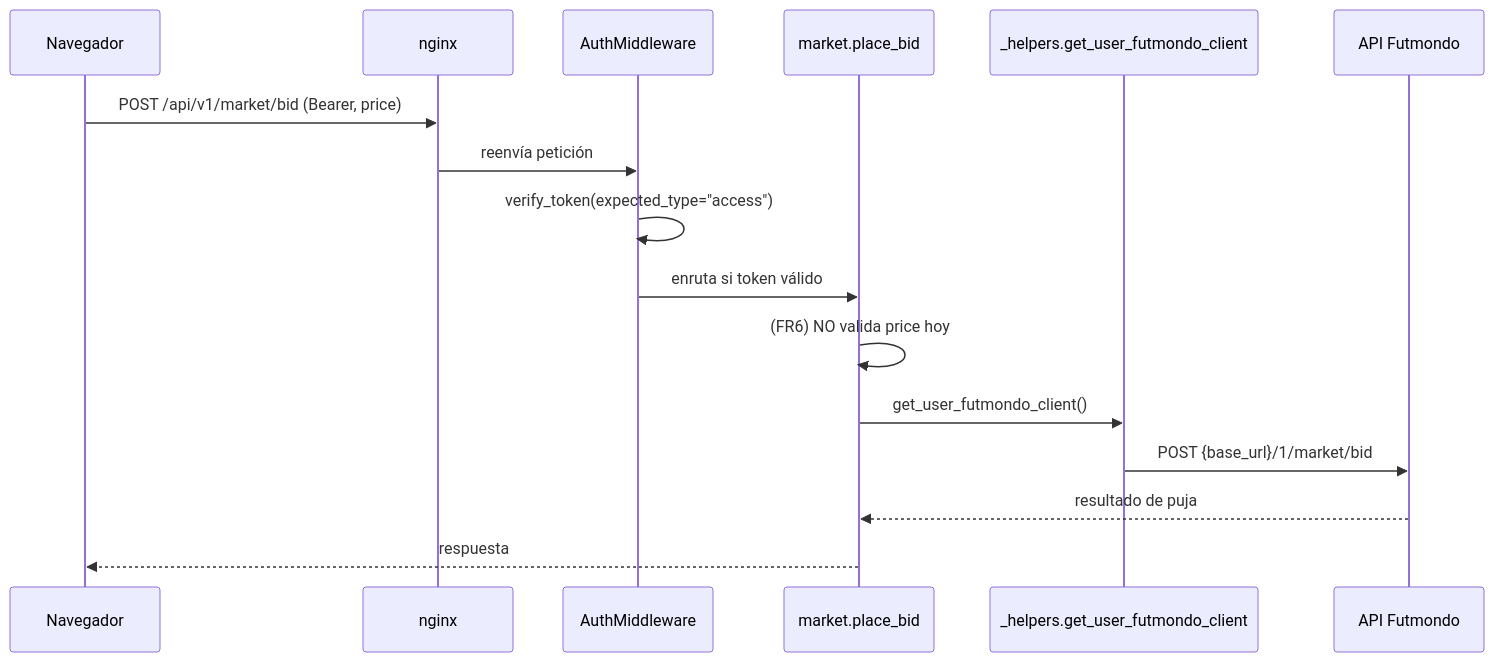
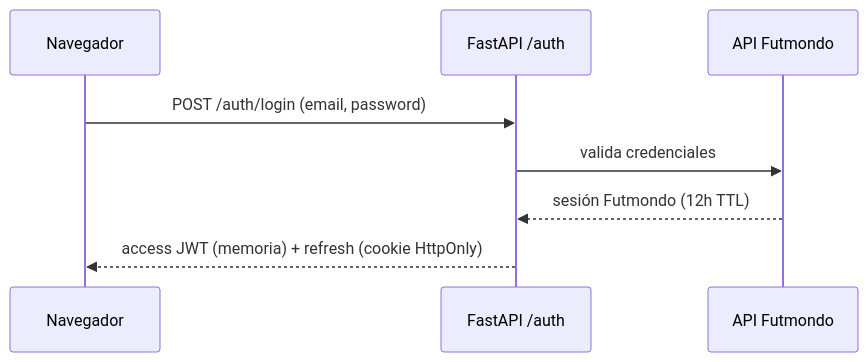
One commit to Mutinho/futmondo-analytics changed the second of 3 diagrams in aidlc/spaces/default/codekb/futmondo-analytics/architecture.md. Above: the diagram before and after it, drawn with Mermaid. The commit also changed other lines of this file and 32 other files, not shown here.

````diff
--- a/aidlc/spaces/default/codekb/futmondo-analytics/architecture.md
+++ b/aidlc/spaces/default/codekb/futmondo-analytics/architecture.md
@@ -208,19 +60,10 @@
 ```mermaid
 sequenceDiagram
-    participant U as Navegador
-    participant N as nginx
-    participant MW as AuthMiddleware
-    participant M as market.place_bid
-    participant H as _helpers.get_user_futmondo_client
-    participant F as API Futmondo
-
-    U->>N: POST /api/v1/market/bid (Bearer, price)
-    N->>MW: reenvía petición
-    MW->>MW: verify_token(expected_type="access")
-    MW->>M: enruta si token válido
-    M->>M: (FR6) NO valida price hoy
-    M->>H: get_user_futmondo_client()
-    H->>F: POST {base_url}/1/market/bid
-    F-->>M: resultado de puja
-    M-->>U: respuesta
+  participant U as Navegador
+  participant API as FastAPI /auth
+  participant FM as API Futmondo
+  U->>API: POST /auth/login (email, password)
+  API->>FM: valida credenciales
+  FM-->>API: sesión Futmondo (12h TTL)
+  API-->>U: access JWT (memoria) + refresh (cookie HttpOnly)
 ```
````
